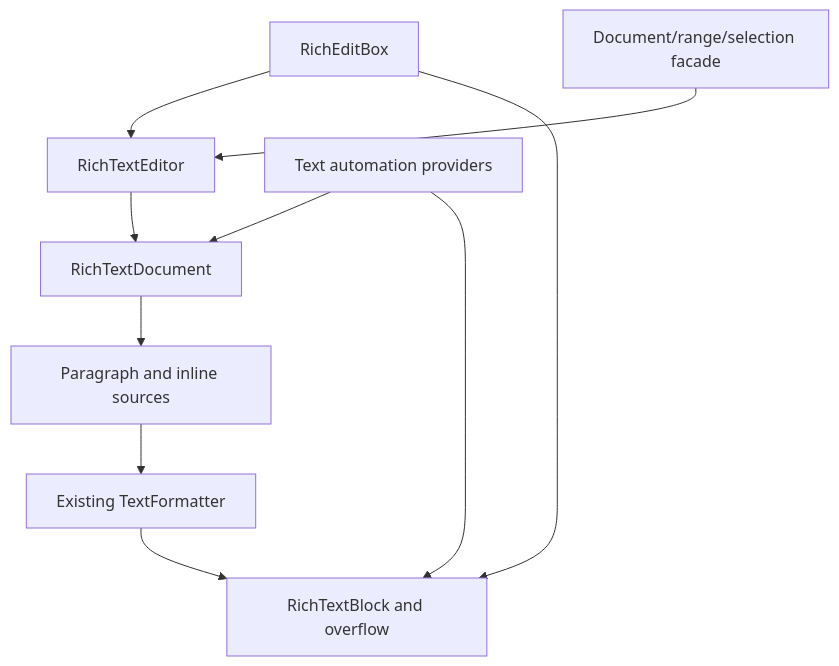
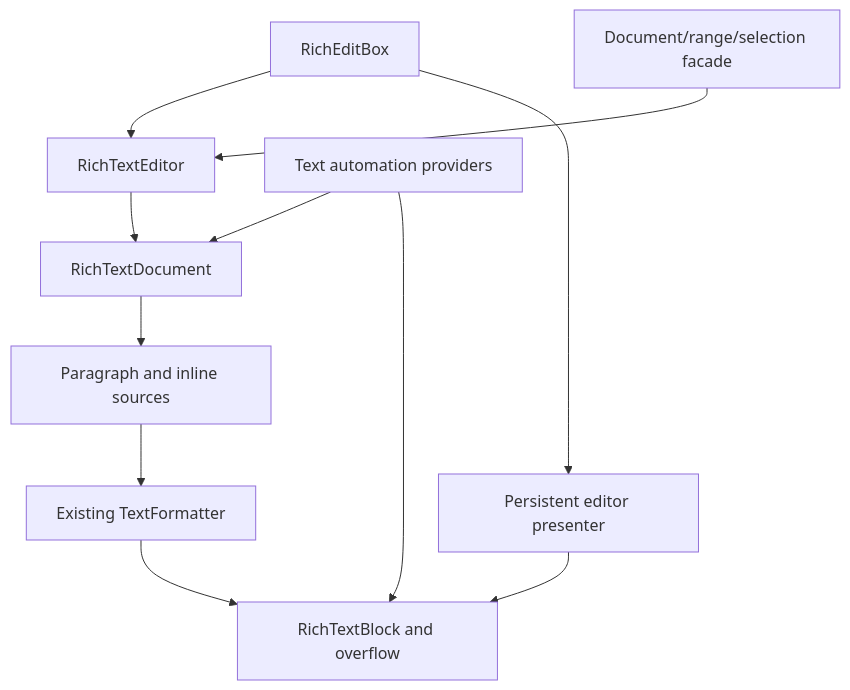
The diagram in docs/porting/winui-rich-text/IMPLEMENTATION.md (s8ndinista/FerroUI-upstream), drawn with Mermaid before and after one commit. The commit also changed other lines of this file and 12 other files, not shown here.

````diff
--- a/docs/porting/winui-rich-text/IMPLEMENTATION.md
+++ b/docs/porting/winui-rich-text/IMPLEMENTATION.md
@@ -11,12 +11,13 @@
 ```mermaid
 flowchart TD
     D["RichTextDocument"] --> S["Paragraph and inline sources"]
     S --> F["Existing TextFormatter"]
     F --> V["RichTextBlock and overflow"]
     E["RichTextEditor"] --> D
     C["RichEditBox"] --> E
-    C --> V
+    C --> P["Persistent editor presenter"]
+    P --> V
     T["Document/range/selection facade"] --> E
     A["Text automation providers"] --> D
     A --> V
 ```
````
